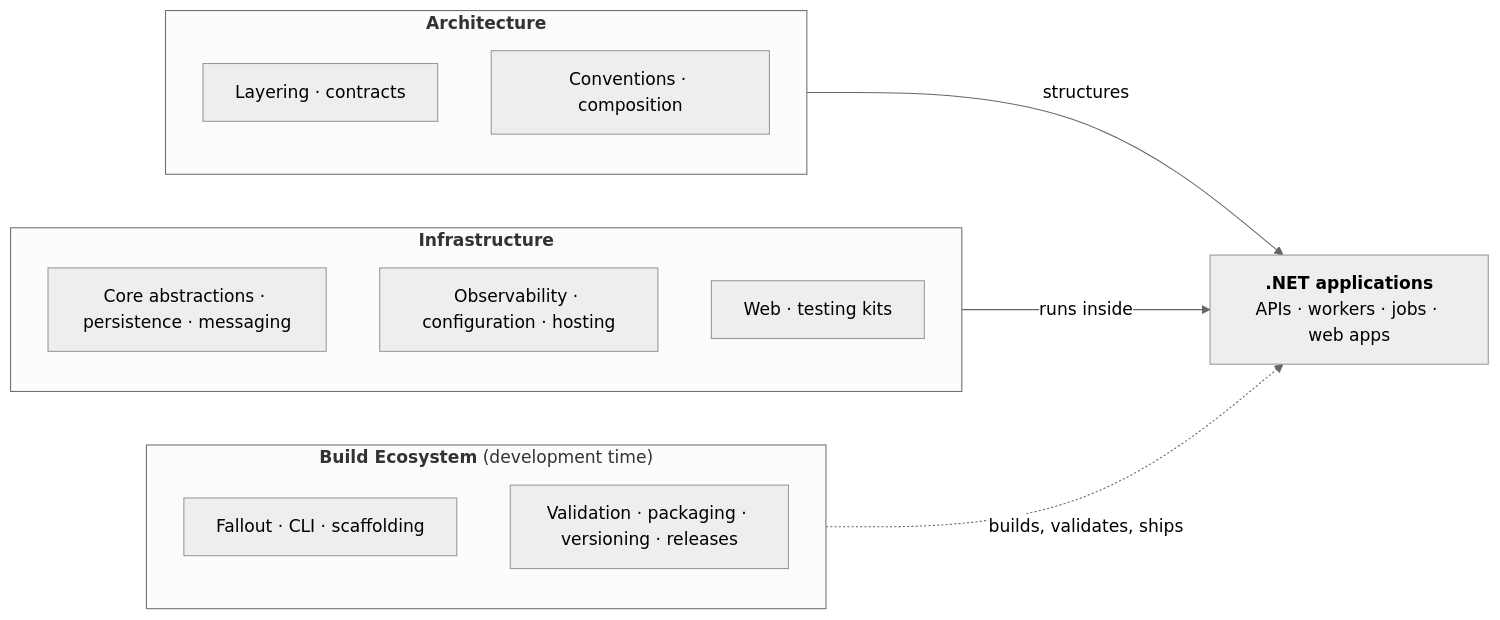
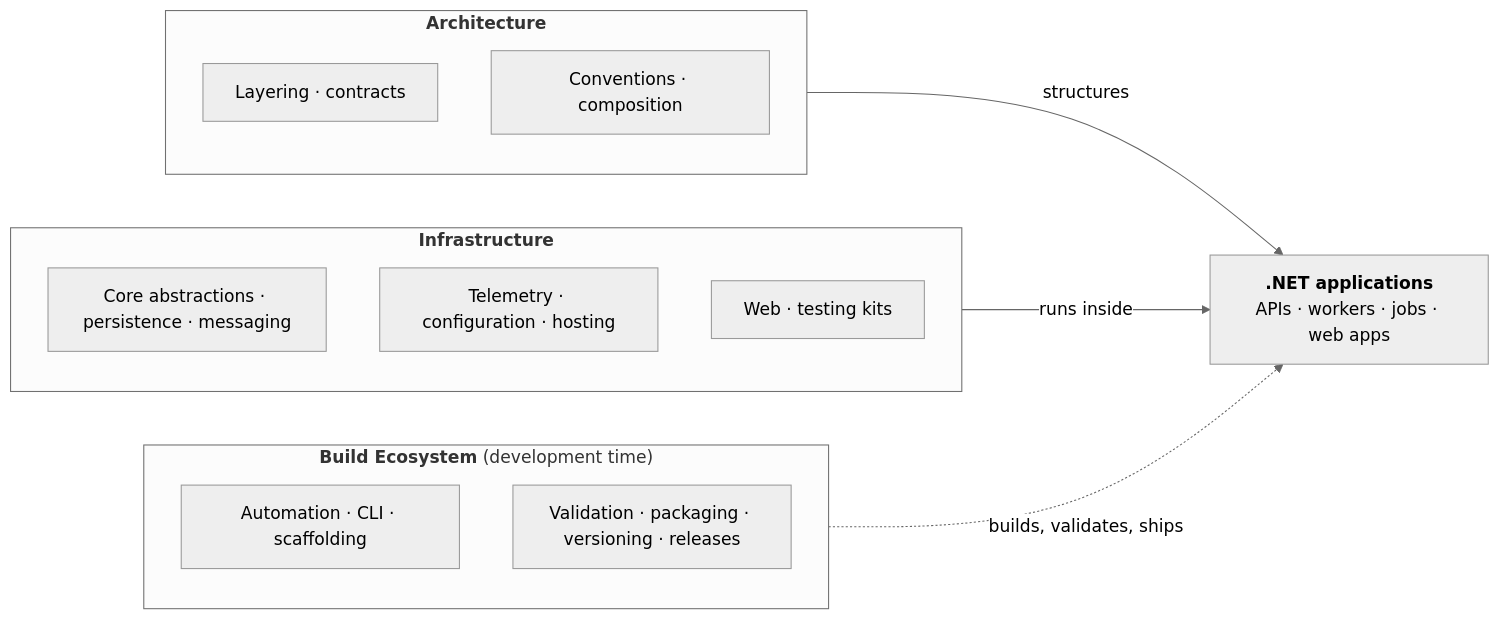
Before and after one commit to anarchy-io/anarchy-toolkit: the first of 2 diagrams in docs/README.md, drawn with Mermaid (neutral theme). The commit also changed other lines of this file and 111 other files, not shown here.

First line of the commit message:
docs(onboarding): Align package guidance, skills, and architecture

````diff
--- a/docs/README.md
+++ b/docs/README.md
@@ -27,20 +27,20 @@
 ```mermaid
 flowchart LR
     subgraph Architecture["<b>Architecture</b>"]
         A1["Layering · contracts"]
         A2["Conventions · composition"]
     end
     subgraph Infrastructure["<b>Infrastructure</b>"]
         I1["Core abstractions · persistence · messaging"]
-        I2["Observability · configuration · hosting"]
+        I2["Telemetry · configuration · hosting"]
         I3["Web · testing kits"]
     end
     subgraph BuildEcosystem["<b>Build Ecosystem</b> (development time)"]
-        B1["Fallout · CLI · scaffolding"]
+        B1["Automation · CLI · scaffolding"]
         B2["Validation · packaging · versioning · releases"]
     end
     Apps["<b>.NET applications</b><br/>APIs · workers · jobs · web apps"]
     Architecture -->|structures| Apps
     Infrastructure -->|runs inside| Apps
     BuildEcosystem -.->|builds, validates, ships| Apps
 ```
````
